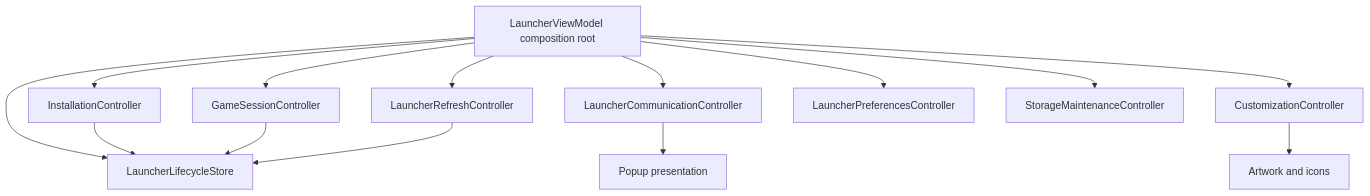
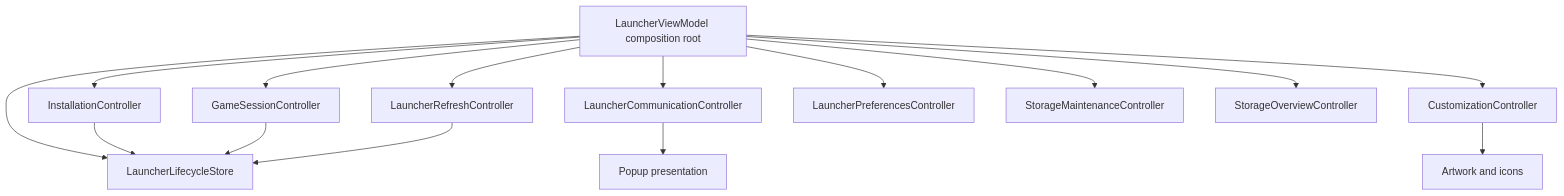
One commit to LuMiSxh/Arknights-MacOS-Client changed the first of 5 diagrams in docs/architecture.md. Above: the diagram before and after it, drawn with Mermaid. The commit also changed other lines of this file and 38 other files, not shown here.

Commit message:
feat: add storage overview and donation link (#43)

````diff
--- a/docs/architecture.md
+++ b/docs/architecture.md
@@ -59,16 +60,17 @@
 ```mermaid
 flowchart TD
 	Root[LauncherViewModel composition root] --> Lifecycle[LauncherLifecycleStore]
 	Root --> Installation[InstallationController]
 	Root --> Session[GameSessionController]
 	Root --> Refresh[LauncherRefreshController]
 	Root --> Communication[LauncherCommunicationController]
 	Root --> Customization[CustomizationController]
 	Root --> Preferences[LauncherPreferencesController]
 	Root --> Storage[StorageMaintenanceController]
+	Root --> StorageOverview[StorageOverviewController]
 	Installation --> Lifecycle
 	Session --> Lifecycle
 	Refresh --> Lifecycle
 	Communication --> Popup[Popup presentation]
 	Customization --> Artwork[Artwork and icons]
 ```
````
